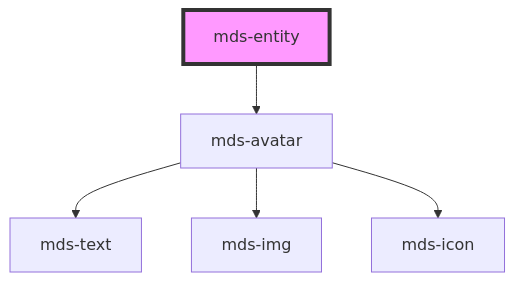
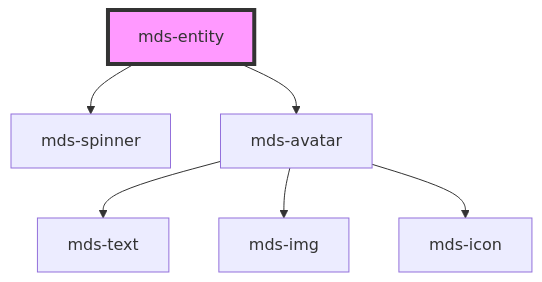
Before and after one commit to magma-design-system/magma: the diagram in projects/stencil/src/components/mds-entity/readme.md, drawn with Mermaid. The commit also changed other lines of this file and 4 other files, not shown here.

Commit message:
feat(mds-entity): add await attribute

````diff
--- a/projects/stencil/src/components/mds-entity/readme.md
+++ b/projects/stencil/src/components/mds-entity/readme.md
@@ -49,8 +51,9 @@
 ```mermaid
 graph TD;
+  mds-entity --> mds-spinner
   mds-entity --> mds-avatar
   mds-avatar --> mds-text
   mds-avatar --> mds-img
   mds-avatar --> mds-icon
   style mds-entity fill:#f9f,stroke:#333,stroke-width:4px
 ```
````
